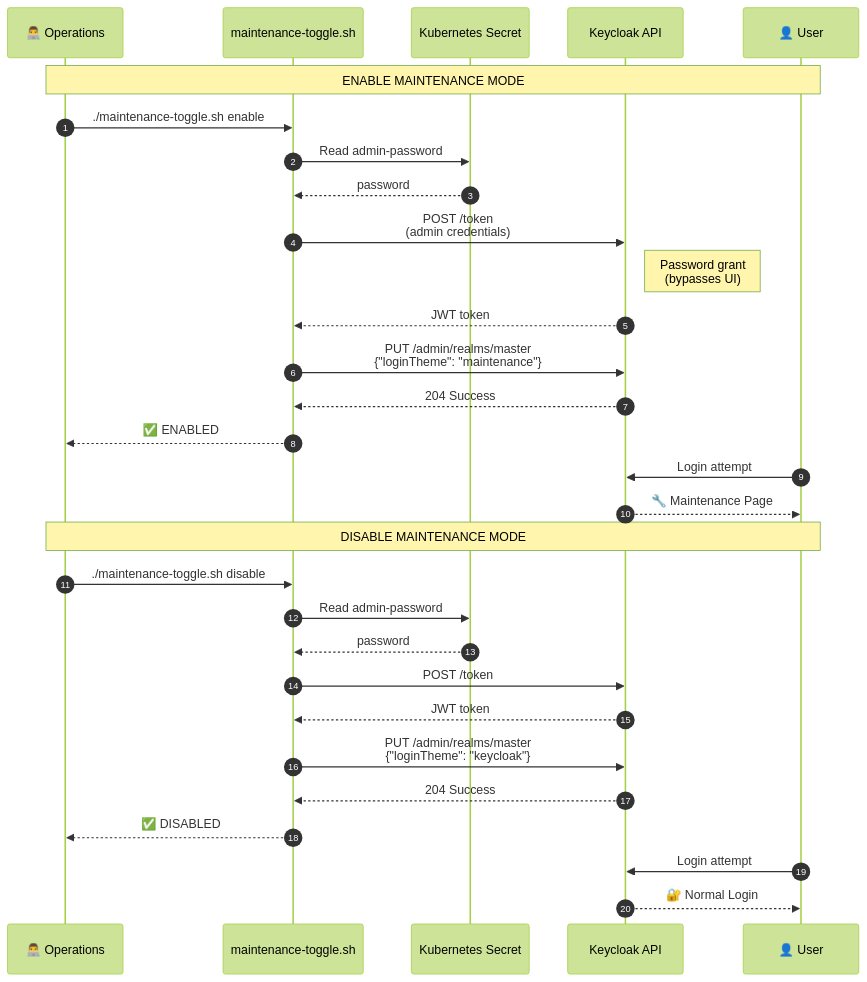
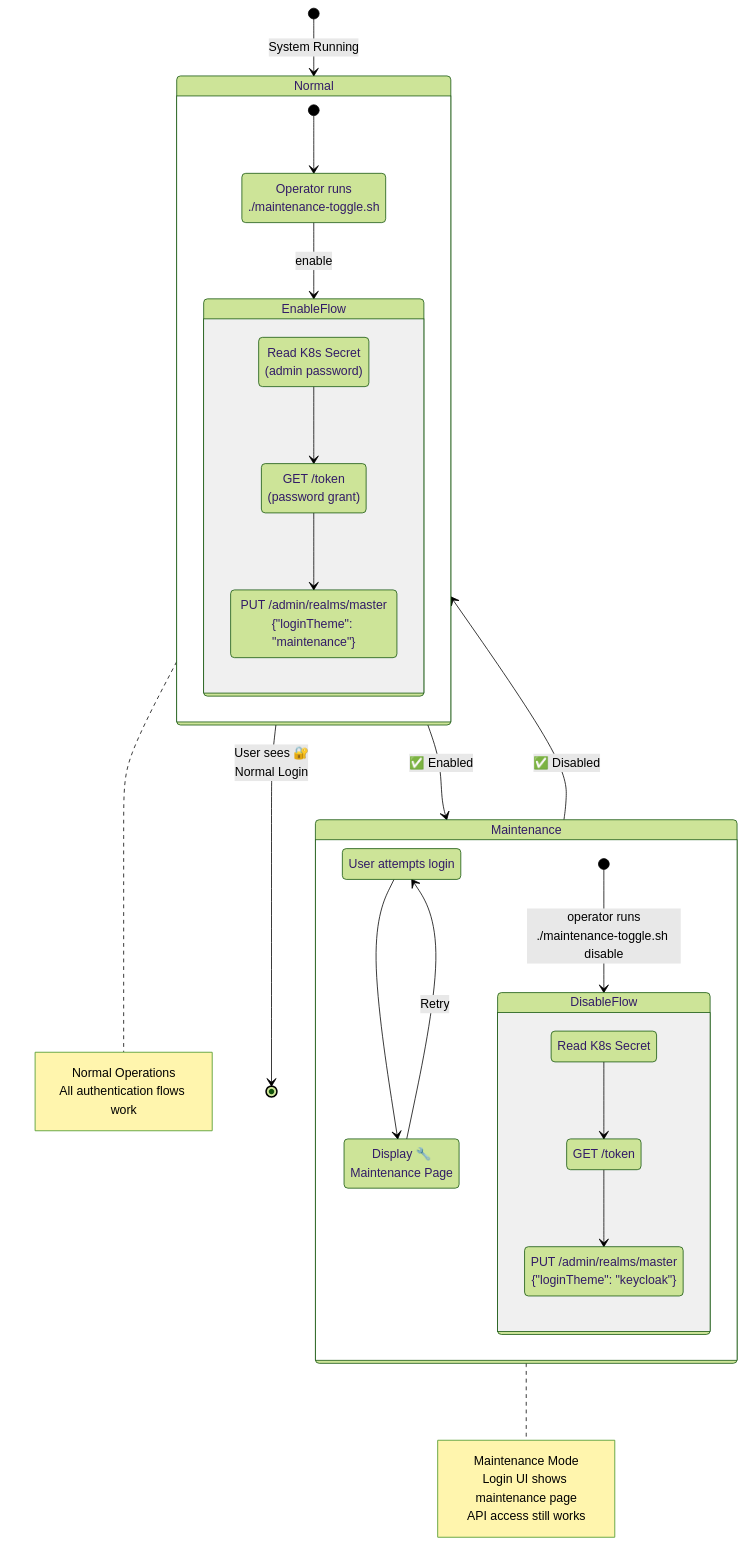
One commit to open-edge-platform/edge-manageability-framework changed the second of 2 diagrams in design-proposals/keycloak-maintenance-theme.md. Above: the diagram before and after it, drawn with Mermaid (forest theme).

Commit message:
Updated diagram

````diff
--- a/design-proposals/keycloak-maintenance-theme.md
+++ b/design-proposals/keycloak-maintenance-theme.md
@@ -209,41 +209,55 @@
 ```mermaid
-sequenceDiagram
-    autonumber
-    participant Ops as 👨‍💻 Operations
-    participant Script as maintenance-toggle.sh
-    participant K8s as Kubernetes Secret
-    participant KC as Keycloak API
-    participant User as 👤 User
+stateDiagram-v2
+    [*] --> Normal: System Running
     
-    Note over Ops,User: ENABLE MAINTENANCE MODE
+    state Normal {
+        [*] --> OperatorDecision
+        OperatorDecision: Operator runs<br/>./maintenance-toggle.sh
+        
+        state EnableFlow {
+            ReadSecret: Read K8s Secret<br/>(admin password)
+            GetToken: GET /token<br/>(password grant)
+            UpdateTheme: PUT /admin/realms/master<br/>{"loginTheme": "maintenance"}
+            
+            ReadSecret --> GetToken
+            GetToken --> UpdateTheme
+        }
+        
+        OperatorDecision --> EnableFlow: enable
+    }
     
-    Ops->>Script: ./maintenance-toggle.sh enable
-    Script->>K8s: Read admin-password
-    K8s-->>Script: password
+    Normal --> Maintenance: ✅ Enabled
     
-    Script->>KC: POST /token<br/>(admin credentials)
-    Note right of KC: Password grant<br/>(bypasses UI)
-    KC-->>Script: JWT token
+    state Maintenance {
+        UserLogin: User attempts login
+        ShowPage: Display 🔧<br/>Maintenance Page
+        
+        UserLogin --> ShowPage
+        ShowPage --> UserLogin: Retry
+        
+        state DisableFlow {
+            ReadSecret2: Read K8s Secret
+            GetToken2: GET /token
+            UpdateTheme2: PUT /admin/realms/master<br/>{"loginTheme": "keycloak"}
+            
+            ReadSecret2 --> GetToken2
+            GetToken2 --> UpdateTheme2
+        }
+        
+        [*] --> DisableFlow: operator runs<br/>./maintenance-toggle.sh disable
+    }
     
-    Script->>KC: PUT /admin/realms/master<br/>{"loginTheme": "maintenance"}
-    KC-->>Script: 204 Success
+    Maintenance --> Normal: ✅ Disabled
+    Normal --> [*]: User sees 🔐<br/>Normal Login
     
-    Script-->>Ops: ✅ ENABLED
+    note right of Normal
+        Normal Operations
+        All authentication flows work
+    end note
     
-    User->>KC: Login attempt
-    KC-->>User: 🔧 Maintenance Page
-    
-    Note over Ops,User: DISABLE MAINTENANCE MODE
-    
-    Ops->>Script: ./maintenance-toggle.sh disable
-    Script->>K8s: Read admin-password
-    K8s-->>Script: password
-    Script->>KC: POST /token
-    KC-->>Script: JWT token
-    Script->>KC: PUT /admin/realms/master<br/>{"loginTheme": "keycloak"}
-    KC-->>Script: 204 Success
-    Script-->>Ops: ✅ DISABLED
-    
-    User->>KC: Login attempt
-    KC-->>User: 🔐 Normal Login
+    note right of Maintenance
+        Maintenance Mode
+        Login UI shows maintenance page
+        API access still works
+    end note
 ```
````
